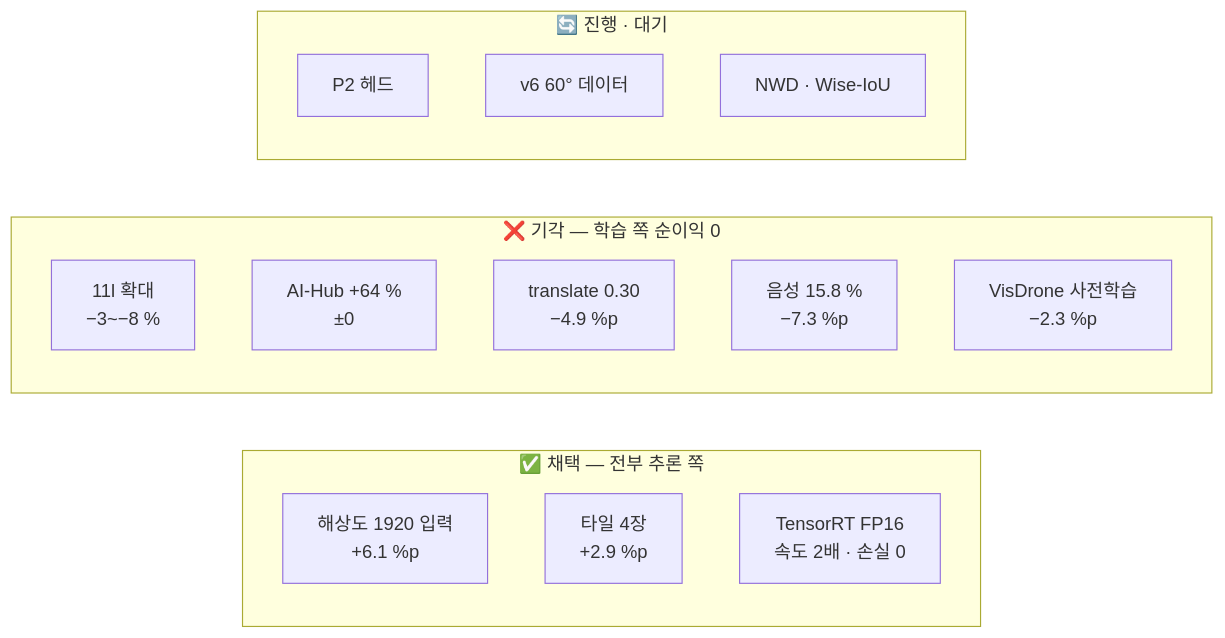
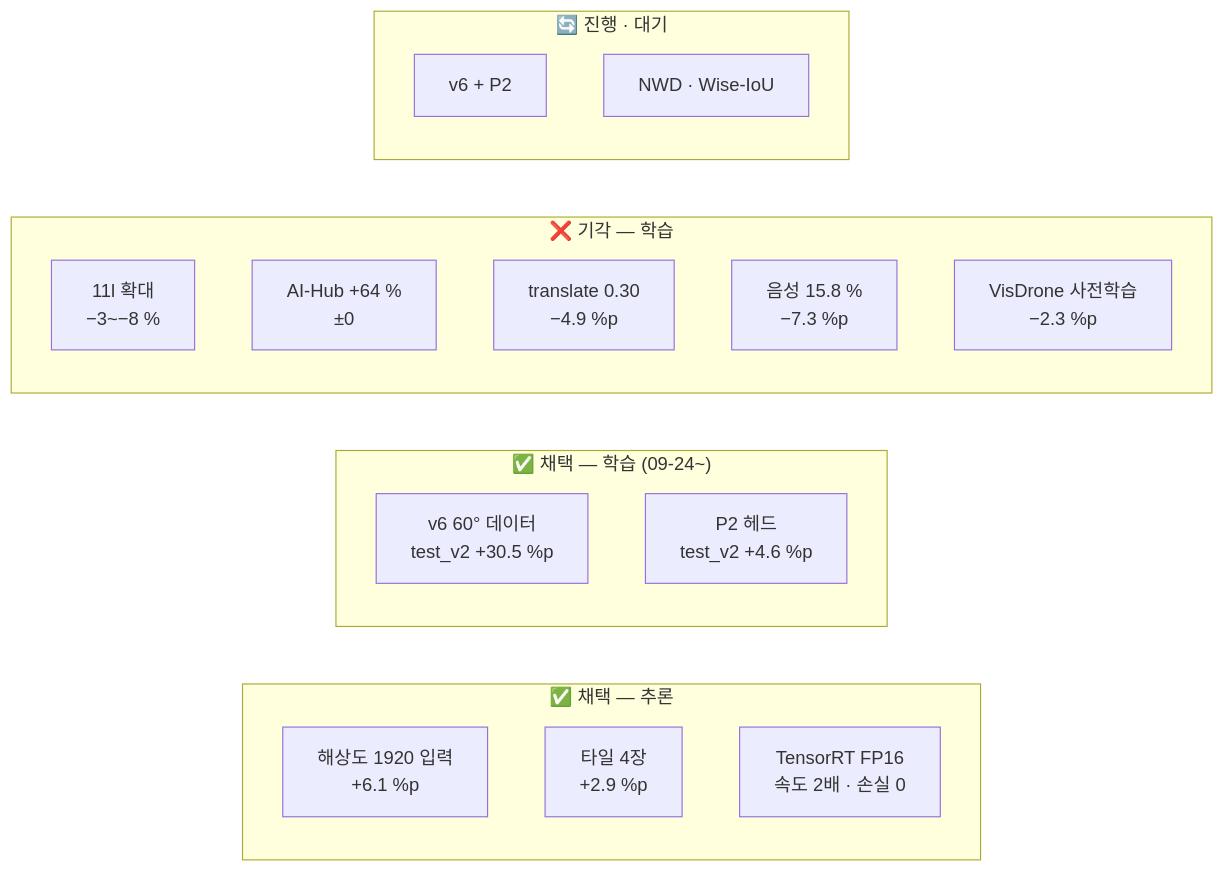
Before and after one commit to tim9985/Capstone: the diagram in obsidian/04 실험/_실험 색인.md, drawn with Mermaid. The commit also changed other lines of this file, not shown here.

Commit message:
실험 색인 도식 갱신 — 학습 쪽 첫 채택(v6 데이터 · P2)
Claude-Session: https://claude.ai/code/session_0157XS4iHLtk2awFEijJcupu

````diff
--- a/obsidian/04 실험/_실험 색인.md
+++ b/obsidian/04 실험/_실험 색인.md
@@ -12,20 +12,23 @@
 ```mermaid
 flowchart LR
-    subgraph OK["✅ 채택 — 전부 추론 쪽"]
+    subgraph OK["✅ 채택 — 추론"]
         T1["해상도 1920 입력<br/>+6.1 %p"]
         T2["타일 4장<br/>+2.9 %p"]
         T3["TensorRT FP16<br/>속도 2배 · 손실 0"]
     end
-    subgraph NG["❌ 기각 — 학습 쪽 순이익 0"]
+    subgraph OK2["✅ 채택 — 학습 (09-24~)"]
+        W1["v6 60° 데이터<br/>test_v2 +30.5 %p"]
+        W2["P2 헤드<br/>test_v2 +4.6 %p"]
+    end
+    subgraph NG["❌ 기각 — 학습"]
         N1["11l 확대<br/>−3~−8 %"]
         N2["AI-Hub +64 %<br/>±0"]
         N3["translate 0.30<br/>−4.9 %p"]
         N4["음성 15.8 %<br/>−7.3 %p"]
         N5["VisDrone 사전학습<br/>−2.3 %p"]
     end
     subgraph RUN["🔄 진행 · 대기"]
-        R1["P2 헤드"]
-        R2["v6 60° 데이터"]
+        R1["v6 + P2"]
         R3["NWD · Wise-IoU"]
     end
 ```
````
